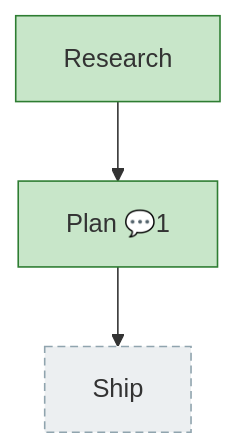
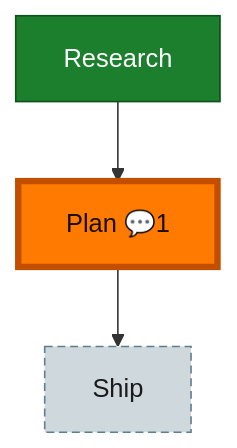
One commit to AI-Substrate/harness-engineering changed the diagram in docs/plans/032-eng-harness-flow-flight-plans/the-flow.md. Above: the diagram before and after it, drawn with Mermaid. The commit also changed other lines of this file and 53 other files, not shown here.

First line of the commit message:
docs: close out flow states + land prior-session artifacts (034-052)

````diff
--- a/docs/plans/032-eng-harness-flow-flight-plans/the-flow.md
+++ b/docs/plans/032-eng-harness-flow-flight-plans/the-flow.md
@@ -8,22 +8,13 @@
 ```mermaid
 flowchart TD
+    research["Research"]:::done
+    plan["Plan 💬1"]:::done
     ship["Ship"]:::assumed
-    plan["Plan 💬1"]:::done
-    research["Research"]:::done
 
-    plan --> ship
-    research --> plan
+    research --> plan --> ship
 
-    classDef done fill:#C8E6C9,stroke:#2E7D32;
-    classDef wip fill:#FFE0B2,stroke:#EF6C00;
-    classDef blocked fill:#FFCDD2,stroke:#C62828;
-    classDef known fill:#BBDEFB,stroke:#1565C0;
-    classDef assumed fill:#ECEFF1,stroke:#90A4AE,stroke-dasharray:5 3;
-    classDef said fill:#FFF9C4,stroke:#F9A825;
-    classDef harness fill:#EDE7F6,stroke:#673AB7;
-    classDef decision fill:#FFF3E0,stroke:#FB8C00,stroke-dasharray:2 2;
-    classDef companion fill:#D1C4E9,stroke:#5E35B1;
-    classDef worker fill:#B2DFDB,stroke:#00897B;
-    classDef chore fill:#E0F2F1,stroke:#00897B,stroke-dasharray:3 2;
-    classDef unknown fill:#FAFAFA,stroke:#BDBDBD,stroke-dasharray:1 4;
+    classDef done fill:#1B7F2E,stroke:#0F4F1B,color:#fff;
+    classDef assumed fill:#CFD8DC,stroke:#607D8B,color:#1a1a1a,stroke-dasharray:5 3;
+    classDef current fill:#FF7A00,stroke:#C24E00,color:#1a0e00,stroke-width:4px;
+    class plan current;
 ```
````
